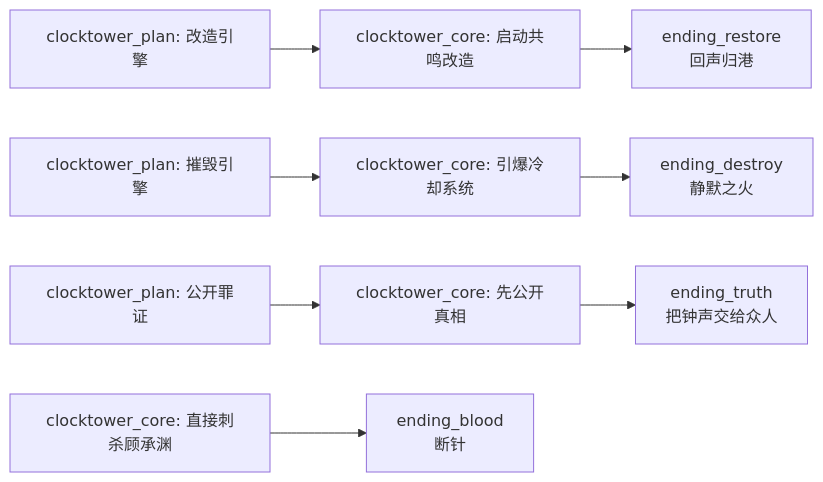
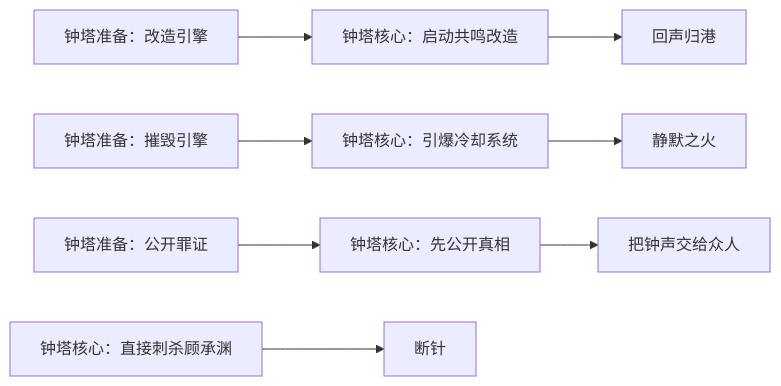
One commit to adcssa/game changed the sixth of 6 diagrams in 剧情流程图.md. Above: the diagram before and after it, drawn with Mermaid. The commit also changed other lines of this file, not shown here.

Commit message:
Localize flowchart labels to Chinese

````diff
--- a/剧情流程图.md
+++ b/剧情流程图.md
@@ -160,13 +160,13 @@
 ```mermaid
 flowchart LR
-    A["clocktower_plan: 改造引擎"] --> B["clocktower_core: 启动共鸣改造"]
-    B --> C["ending_restore<br/>回声归港"]
+    A["钟塔准备：改造引擎"] --> B["钟塔核心：启动共鸣改造"]
+    B --> C["回声归港"]
 
-    D["clocktower_plan: 摧毁引擎"] --> E["clocktower_core: 引爆冷却系统"]
-    E --> F["ending_destroy<br/>静默之火"]
+    D["钟塔准备：摧毁引擎"] --> E["钟塔核心：引爆冷却系统"]
+    E --> F["静默之火"]
 
-    G["clocktower_plan: 公开罪证"] --> H["clocktower_core: 先公开真相"]
-    H --> I["ending_truth<br/>把钟声交给众人"]
+    G["钟塔准备：公开罪证"] --> H["钟塔核心：先公开真相"]
+    H --> I["把钟声交给众人"]
 
-    J["clocktower_core: 直接刺杀顾承渊"] --> K["ending_blood<br/>断针"]
+    J["钟塔核心：直接刺杀顾承渊"] --> K["断针"]
 ```
````
